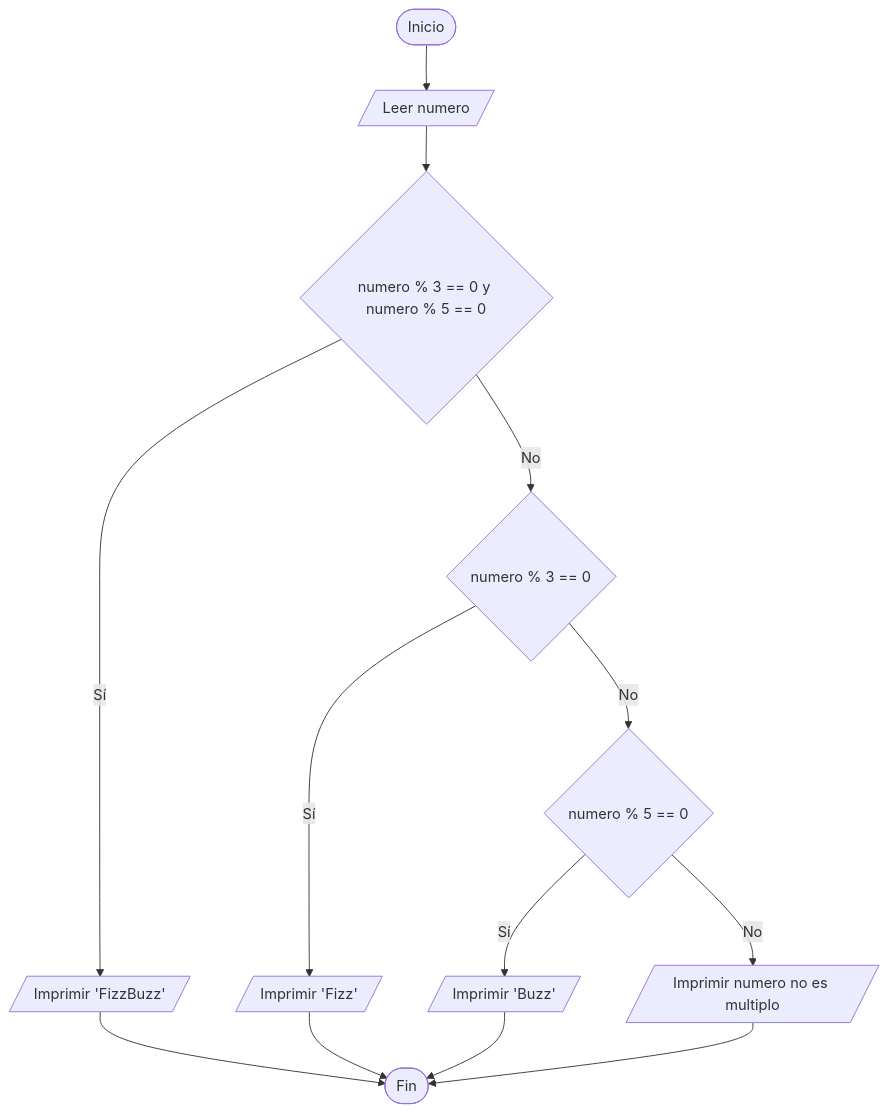
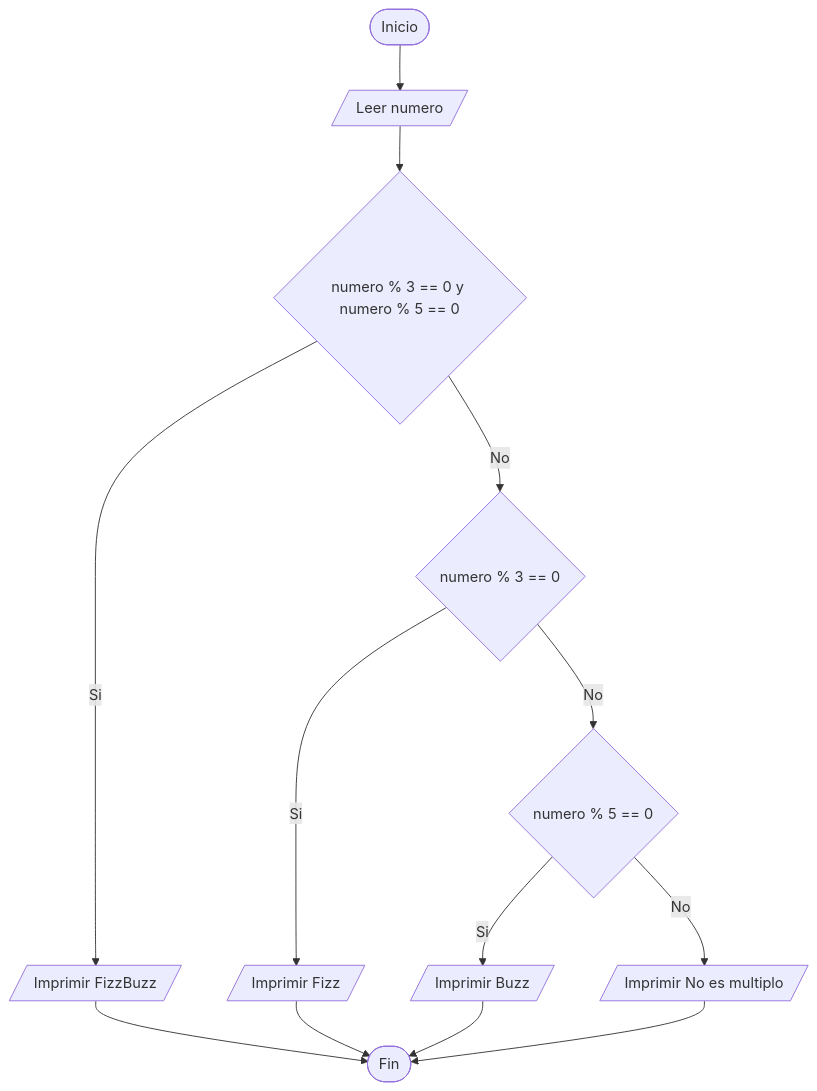
One commit to leslyquintero-eng/Taller-Condicionales-UTP changed the seventh of 9 diagrams in diagramas.md. Above: the diagram before and after it, drawn with Mermaid. The commit also changed other lines of this file, not shown here.

Commit message:
Update flowchart text for clarity and consistency

````diff
--- a/diagramas.md
+++ b/diagramas.md
@@ -84,15 +83,15 @@
 ```mermaid
 graph TD
     A([Inicio]) --> B[/Leer numero/]
     B --> C{numero % 3 == 0 y numero % 5 == 0}
-    C -- Sí --> D[/Imprimir 'FizzBuzz'/]
+    C -- Si --> D[/Imprimir FizzBuzz/]
     C -- No --> E{numero % 3 == 0}
-    E -- Sí --> F[/Imprimir 'Fizz'/]
+    E -- Si --> F[/Imprimir Fizz/]
     E -- No --> G{numero % 5 == 0}
-    G -- Sí --> H[/Imprimir 'Buzz'/]
-    G -- No --> I[/Imprimir numero no es multiplo/]
+    G -- Si --> H[/Imprimir Buzz/]
+    G -- No --> I[/Imprimir No es multiplo/]
     D --> J([Fin])
     F --> J
     H --> J
     I --> J
 ```
````
